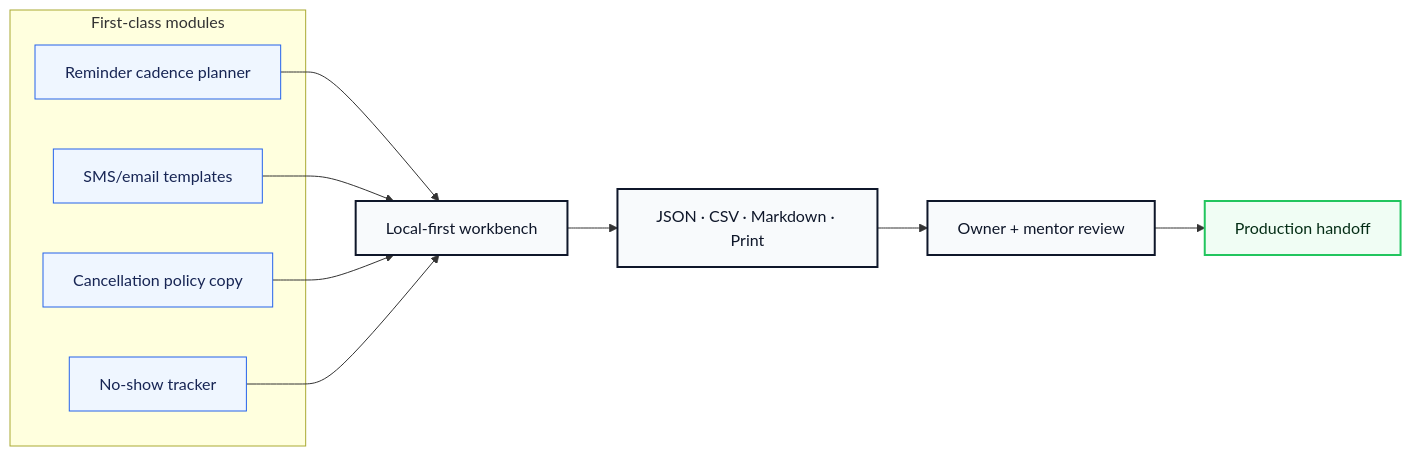
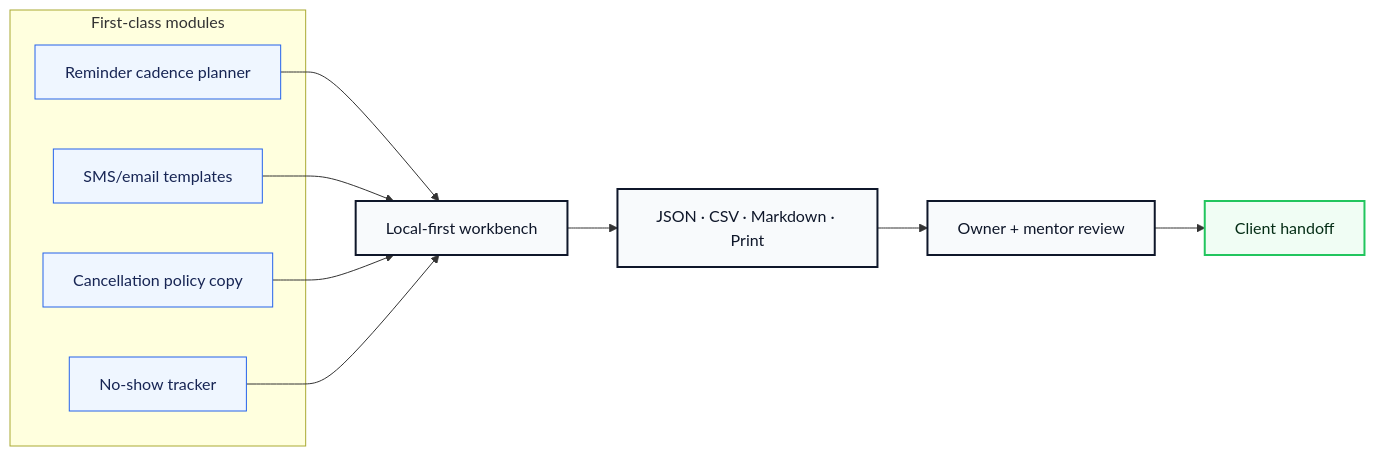
One commit to volta-npo/no-show-reducer changed the second of 3 diagrams in README.md. Above: the diagram before and after it, drawn with Mermaid. The commit also changed other lines of this file and 28 other files, not shown here.

````diff
--- a/README.md
+++ b/README.md
@@ -64,23 +64,23 @@
 ```mermaid
 flowchart LR
     subgraph Modules["First-class modules"]
         M1["Reminder cadence planner"]
         M2["SMS/email templates"]
         M3["Cancellation policy copy"]
         M4["No-show tracker"]
     end
     M1 --> Workbench
     M2 --> Workbench
     M3 --> Workbench
     M4 --> Workbench
     Workbench["Local-first workbench"] --> Exports["JSON · CSV · Markdown · Print"]
     Exports --> Review["Owner + mentor review"]
-    Review --> Launch["Production handoff"]
+    Review --> Launch["Client handoff"]
 
     classDef module fill:#eff6ff,stroke:#2563eb,color:#172554;
     classDef app fill:#f8fafc,stroke:#0f172a,color:#0f172a,stroke-width:2px;
     classDef launch fill:#f0fdf4,stroke:#22c55e,color:#052e16,stroke-width:2px;
     class M1,M2,M3,M4 module;
     class Workbench,Exports,Review app;
     class Launch launch;
 ```
````
